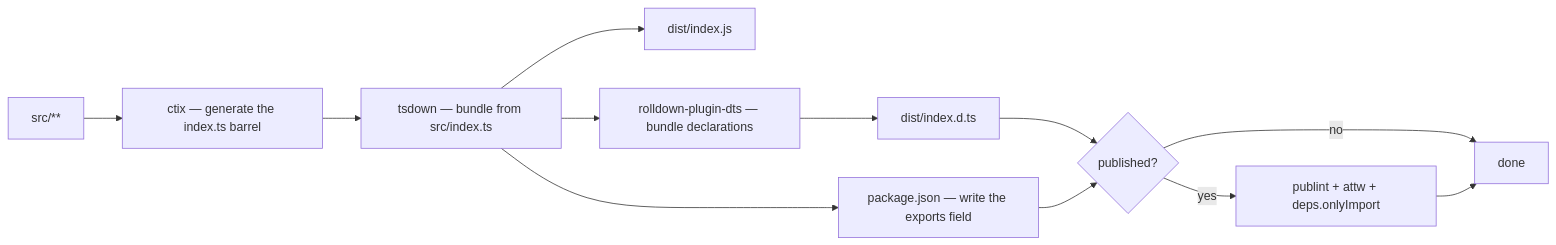
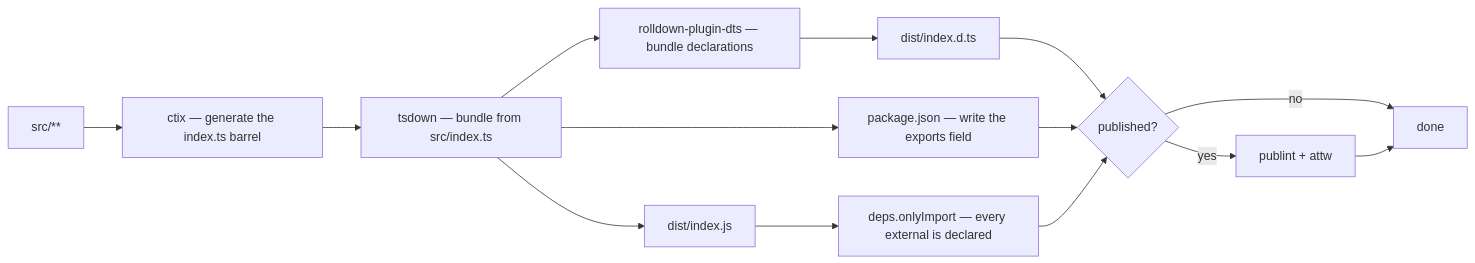
Before and after one commit to Esposter/Esposter: the first of 2 diagrams in packages/app/content/docs/architecture/build-pipeline.md, drawn with Mermaid. The commit also changed other lines of this file and 3 other files, not shown here.

````diff
--- a/packages/app/content/docs/architecture/build-pipeline.md
+++ b/packages/app/content/docs/architecture/build-pipeline.md
@@ -16,14 +16,16 @@
 ```mermaid
 flowchart LR
   S["src/**"] --> C["ctix — generate the index.ts barrel"]
   C --> T["tsdown — bundle from src/index.ts"]
   T --> J["dist/index.js"]
   T --> D["rolldown-plugin-dts — bundle declarations"]
   D --> Y["dist/index.d.ts"]
   T --> M["package.json — write the exports field"]
+  J --> O["deps.onlyImport — every external is declared"]
   Y --> G{"published?"}
   M --> G
-  G -->|yes| P["publint + attw + deps.onlyImport"]
+  O --> G
+  G -->|yes| P["publint + attw"]
   G -->|no| Z["done"]
   P --> Z
 ```
````
